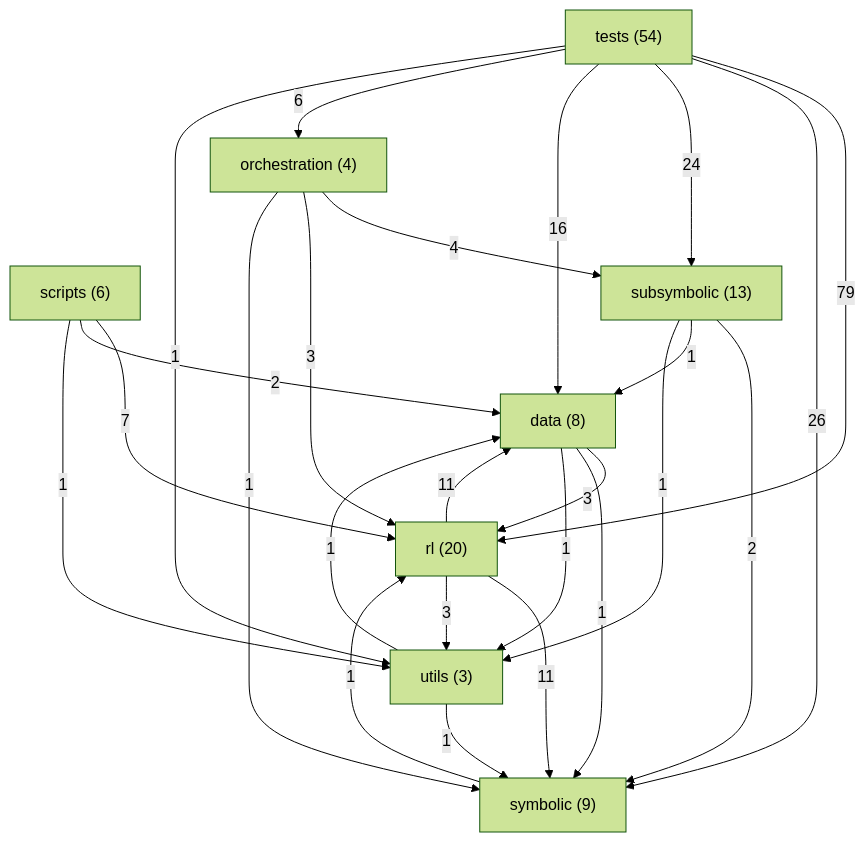
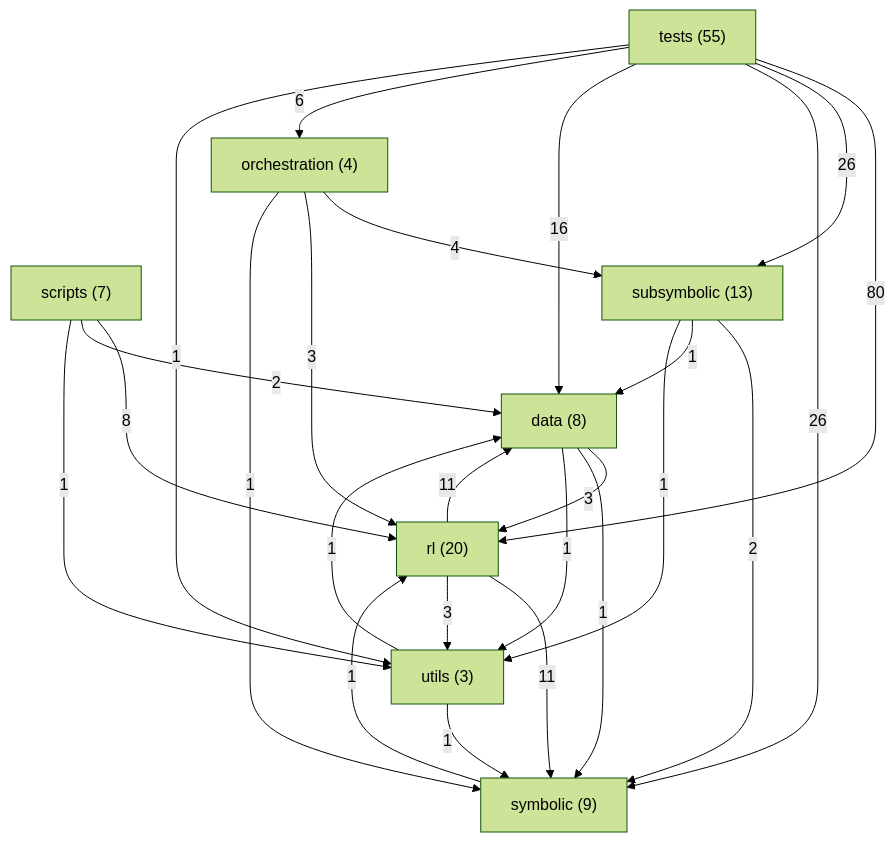
One commit to danrd/ARC-AGI changed the diagram in ARCHITECTURE.md. Above: the diagram before and after it, drawn with Mermaid (forest theme). The commit also changed other lines of this file and 4 other files, not shown here.

````diff
--- a/ARCHITECTURE.md
+++ b/ARCHITECTURE.md
@@ -127,35 +127,35 @@
 ```mermaid
 graph TD
   data["data (8)"]
   orchestration["orchestration (4)"]
   rl["rl (20)"]
-  scripts["scripts (6)"]
+  scripts["scripts (7)"]
   subsymbolic["subsymbolic (13)"]
   symbolic["symbolic (9)"]
-  tests["tests (54)"]
+  tests["tests (55)"]
   utils["utils (3)"]
-  tests -->|79| rl
+  tests -->|80| rl
+  tests -->|26| subsymbolic
   tests -->|26| symbolic
-  tests -->|24| subsymbolic
   tests -->|16| data
   rl -->|11| data
   rl -->|11| symbolic
-  scripts -->|7| rl
+  scripts -->|8| rl
   tests -->|6| orchestration
   orchestration -->|4| subsymbolic
   data -->|3| rl
   orchestration -->|3| rl
   rl -->|3| utils
   scripts -->|2| data
   subsymbolic -->|2| symbolic
   data -->|1| symbolic
   data -->|1| utils
   orchestration -->|1| symbolic
   scripts -->|1| utils
   subsymbolic -->|1| data
   subsymbolic -->|1| utils
   symbolic -->|1| rl
   tests -->|1| utils
   utils -->|1| data
   utils -->|1| symbolic
 ```
````
